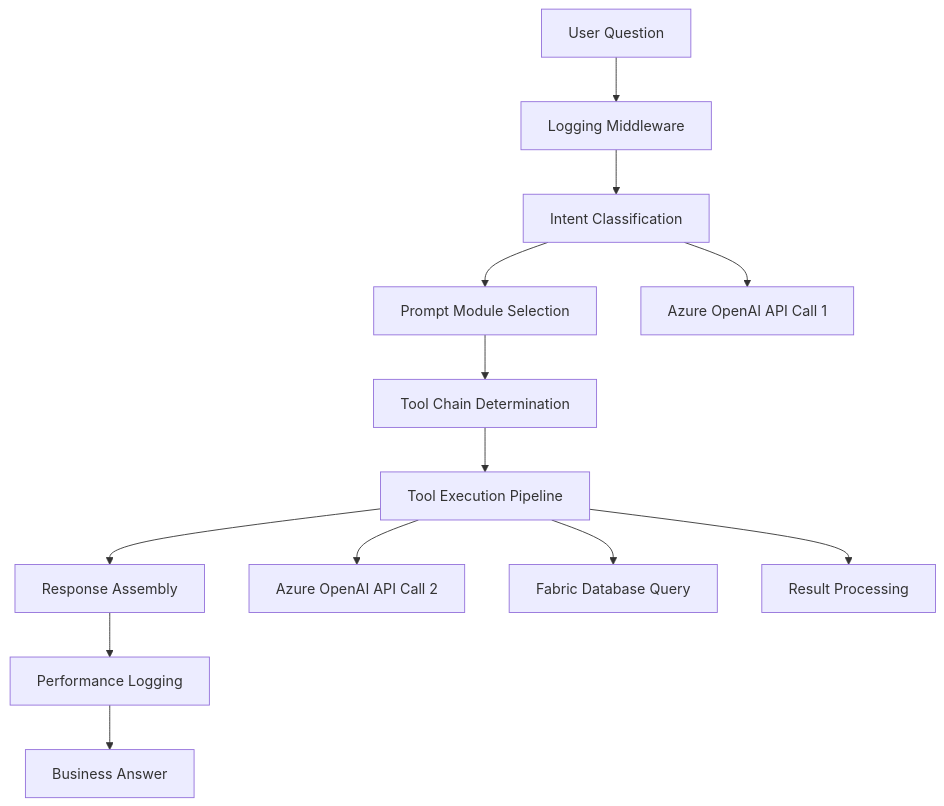
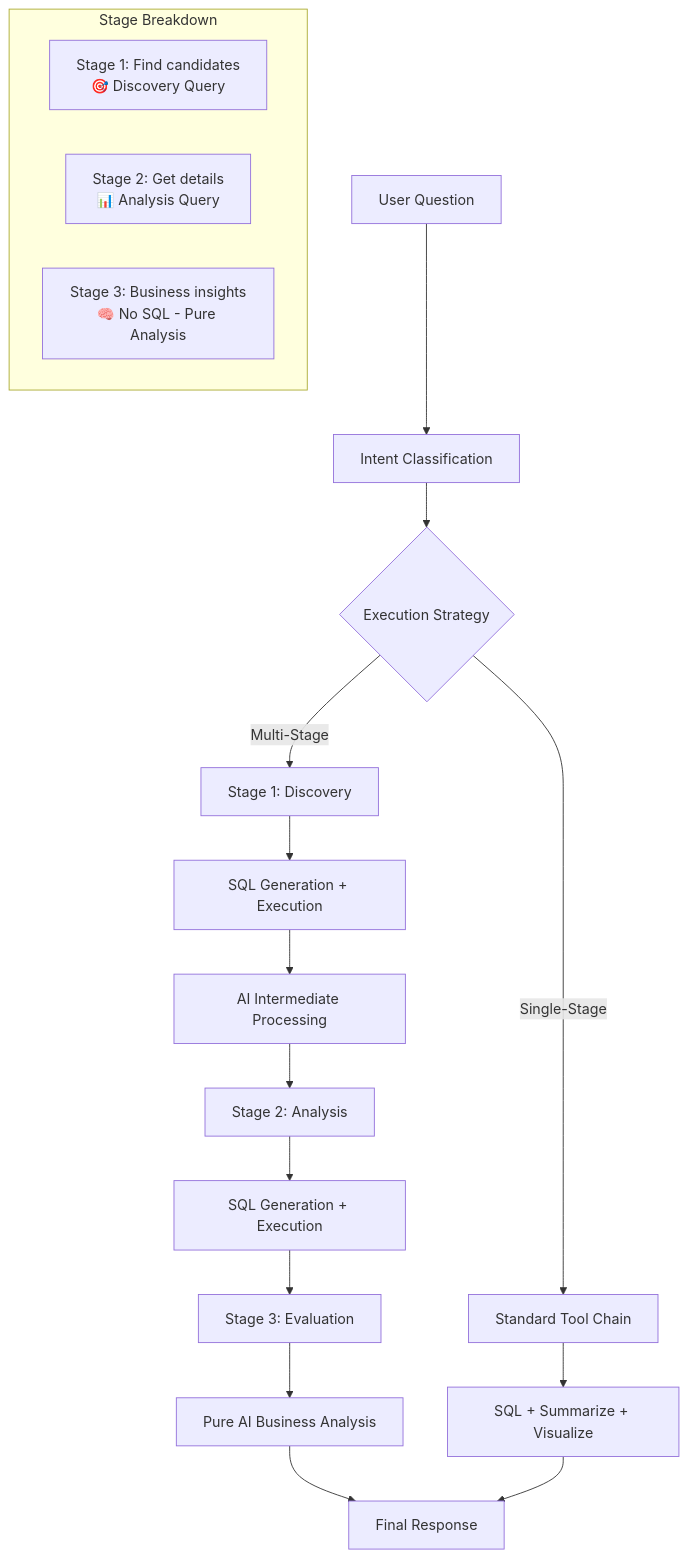
Before and after one commit to yingkiat/mcp_fabric_server: the first of 2 diagrams in DESIGN_ARCHITECTURE.md, drawn with Mermaid. The commit also changed other lines of this file and 15 other files, not shown here.

````diff
--- a/DESIGN_ARCHITECTURE.md
+++ b/DESIGN_ARCHITECTURE.md
@@ -34,16 +41,24 @@
 ```mermaid
 graph TD
-    A[User Question] --> B[Logging Middleware]
-    B --> C[Intent Classification]
-    C --> D[Prompt Module Selection]
-    D --> E[Tool Chain Determination]
-    E --> F[Tool Execution Pipeline]
-    F --> G[Response Assembly]
-    G --> H[Performance Logging]
-    H --> I[Business Answer]
+    A[User Question] --> B[Intent Classification]
+    B --> C{Execution Strategy}
     
-    C --> J[Azure OpenAI API Call 1]
-    F --> K[Azure OpenAI API Call 2]
-    F --> L[Fabric Database Query]
-    F --> M[Result Processing]
+    C -->|Multi-Stage| D[Stage 1: Discovery]
+    D --> E[SQL Generation + Execution]
+    E --> F[AI Intermediate Processing]
+    F --> G[Stage 2: Analysis]
+    G --> H[SQL Generation + Execution]
+    H --> I[Stage 3: Evaluation]
+    I --> J[Pure AI Business Analysis]
+    J --> K[Final Response]
+    
+    C -->|Single-Stage| L[Standard Tool Chain]
+    L --> M[SQL + Summarize + Visualize]
+    M --> K
+    
+    subgraph "Stage Breakdown"
+        N["Stage 1: Find candidates<br/>🎯 Discovery Query"]
+        O["Stage 2: Get details<br/>📊 Analysis Query"] 
+        P["Stage 3: Business insights<br/>🧠 No SQL - Pure Analysis"]
+    end
 ```
````
